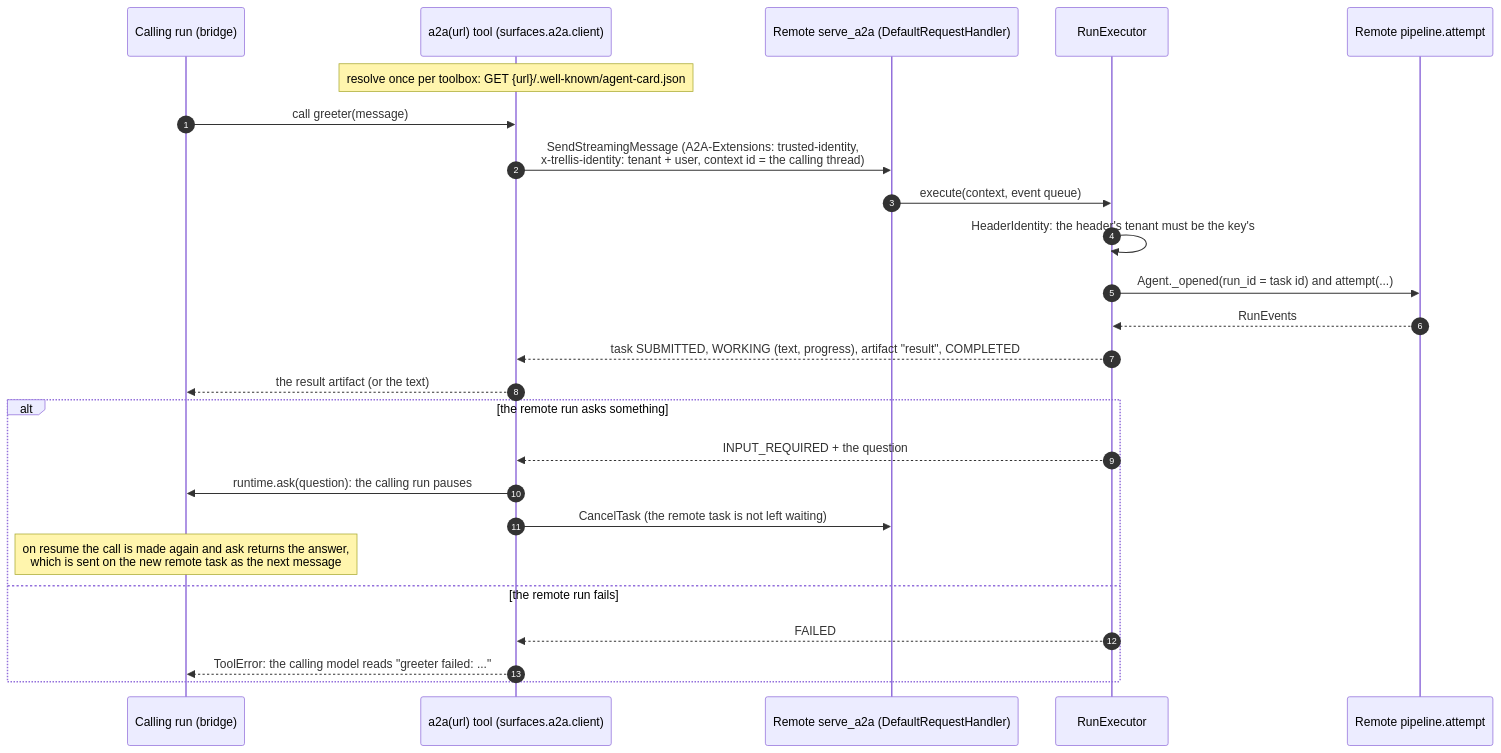
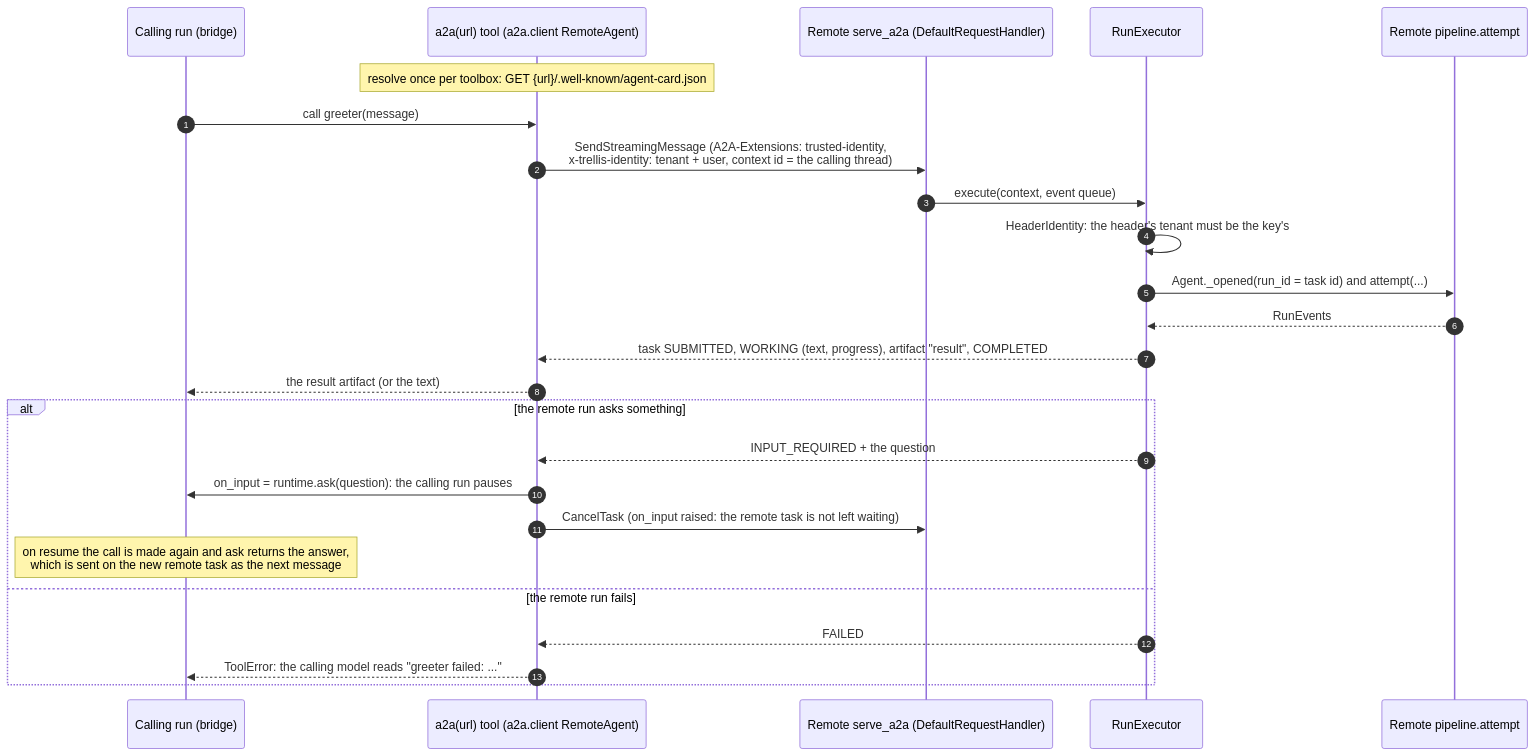
One commit to amitmohapatra/agent-harness changed the seventh of 11 diagrams in ARCHITECTURE.md. Above: the diagram before and after it, drawn with Mermaid. The commit also changed other lines of this file and 138 other files, not shown here.

````diff
--- a/ARCHITECTURE.md
+++ b/ARCHITECTURE.md
@@ -362,28 +449,28 @@
 ```mermaid
 sequenceDiagram
   autonumber
   participant P as Calling run (bridge)
-  participant C as a2a(url) tool (surfaces.a2a.client)
+  participant C as a2a(url) tool (a2a.client RemoteAgent)
   participant S as Remote serve_a2a (DefaultRequestHandler)
   participant X as RunExecutor
   participant RP as Remote pipeline.attempt
 
   Note over C: resolve once per toolbox: GET {url}/.well-known/agent-card.json
   P->>C: call greeter(message)
   C->>S: SendStreamingMessage (A2A-Extensions: trusted-identity,<br/>x-trellis-identity: tenant + user, context id = the calling thread)
   S->>X: execute(context, event queue)
   X->>X: HeaderIdentity: the header's tenant must be the key's
   X->>RP: Agent._opened(run_id = task id) and attempt(...)
   RP-->>X: RunEvents
   X-->>C: task SUBMITTED, WORKING (text, progress), artifact "result", COMPLETED
   C-->>P: the result artifact (or the text)
   alt the remote run asks something
     X-->>C: INPUT_REQUIRED + the question
-    C->>P: runtime.ask(question): the calling run pauses
-    C->>S: CancelTask (the remote task is not left waiting)
+    C->>P: on_input = runtime.ask(question): the calling run pauses
+    C->>S: CancelTask (on_input raised: the remote task is not left waiting)
     Note over P: on resume the call is made again and ask returns the answer,<br/>which is sent on the new remote task as the next message
   else the remote run fails
     X-->>C: FAILED
     C-->>P: ToolError: the calling model reads "greeter failed: ..."
   end
 ```
````
